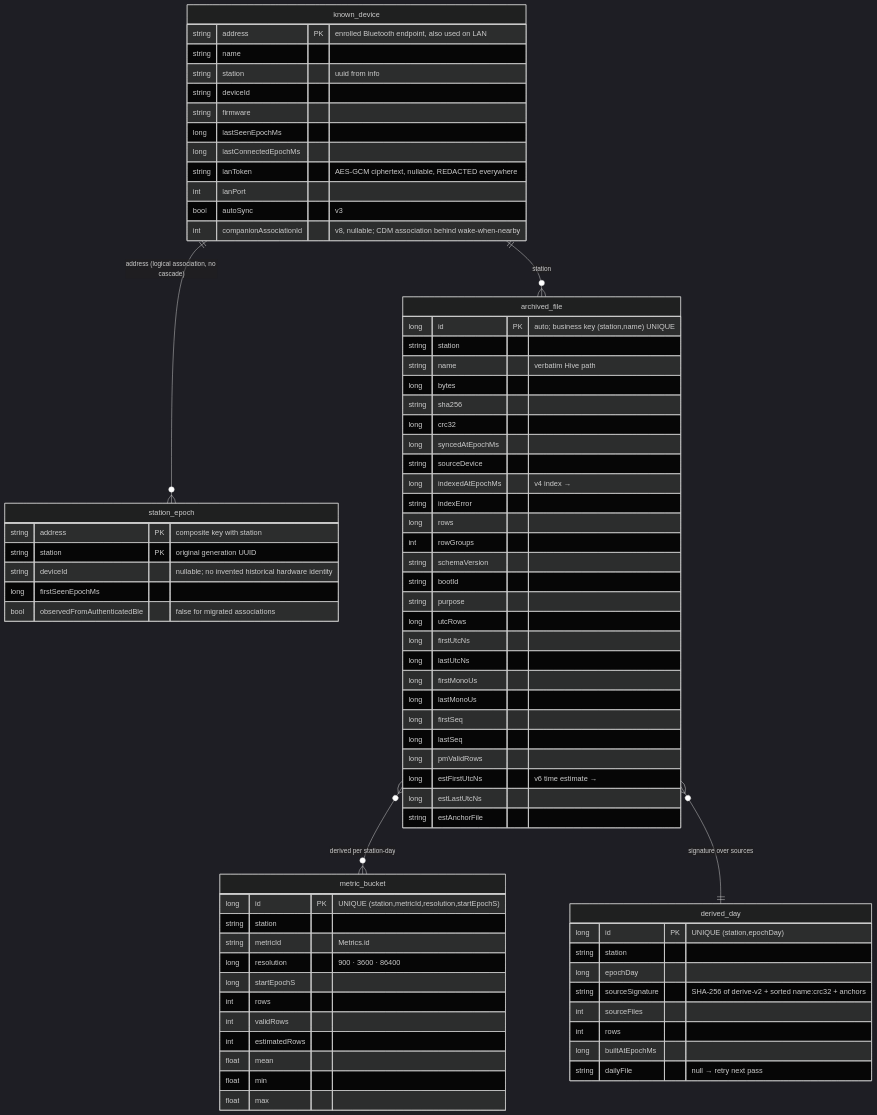
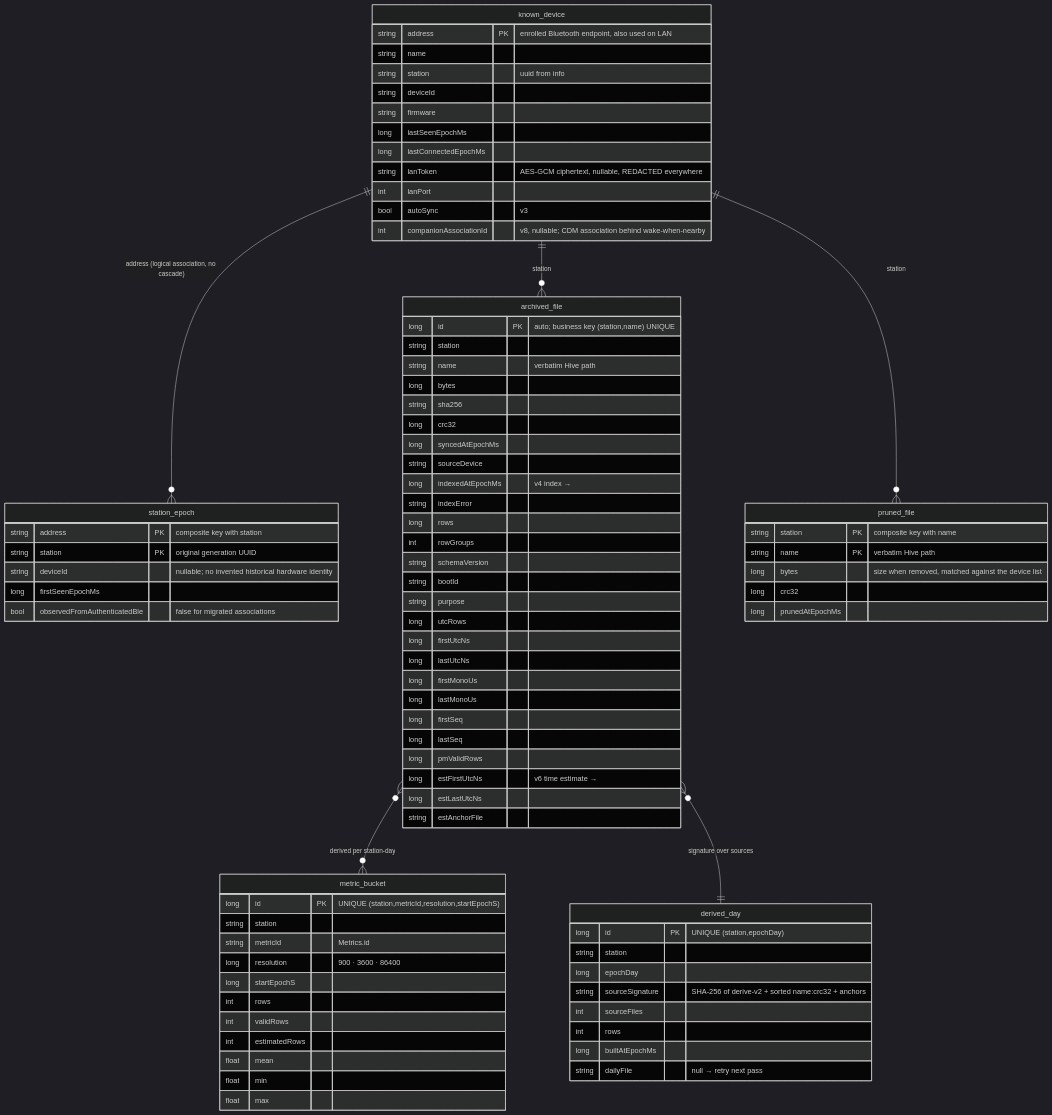
Before and after one commit to walkthru-earth/opensensor-space-mobile: the first of 2 diagrams in docs/data-model.md, drawn with Mermaid (dark theme). The commit also changed other lines of this file and 60 other files, not shown here.

````diff
--- a/docs/data-model.md
+++ b/docs/data-model.md
@@ -95,8 +95,16 @@
     long builtAtEpochMs
     string dailyFile "null → retry next pass"
   }
+  pruned_file {
+    string station PK "composite key with name"
+    string name PK "verbatim Hive path"
+    long bytes "size when removed, matched against the device list"
+    long crc32
+    long prunedAtEpochMs
+  }
   known_device ||--o{ archived_file : "station"
   known_device ||--o{ station_epoch : "address (logical association, no cascade)"
   archived_file }o--o{ metric_bucket : "derived per station-day"
   archived_file }o--|| derived_day : "signature over sources"
+  known_device ||--o{ pruned_file : "station"
 ```
````
